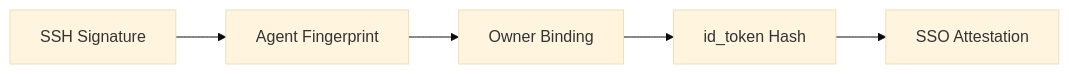
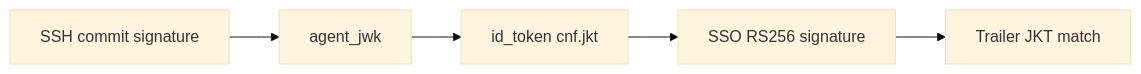
One commit to alien-id/agent-id changed the second of 2 diagrams in README.md. Above: the diagram before and after it, drawn with Mermaid (base theme). The commit also changed other lines of this file and 3 other files, not shown here.

First line of the commit message:
docs: v3 commit-attestation bundle (drop ownerBinding envelope)

````diff
--- a/README.md
+++ b/README.md
@@ -176,7 +173,7 @@
 ```mermaid
 flowchart LR
-    A[SSH Signature] --> B[Agent Fingerprint]
-    B --> C[Owner Binding]
-    C --> D[id_token Hash]
-    D --> E[SSO Attestation]
+    A[SSH commit signature] --> B[agent_jwk]
+    B --> C["id_token cnf.jkt"]
+    C --> D[SSO RS256 signature]
+    D --> E[Trailer JKT match]
 ```
````
